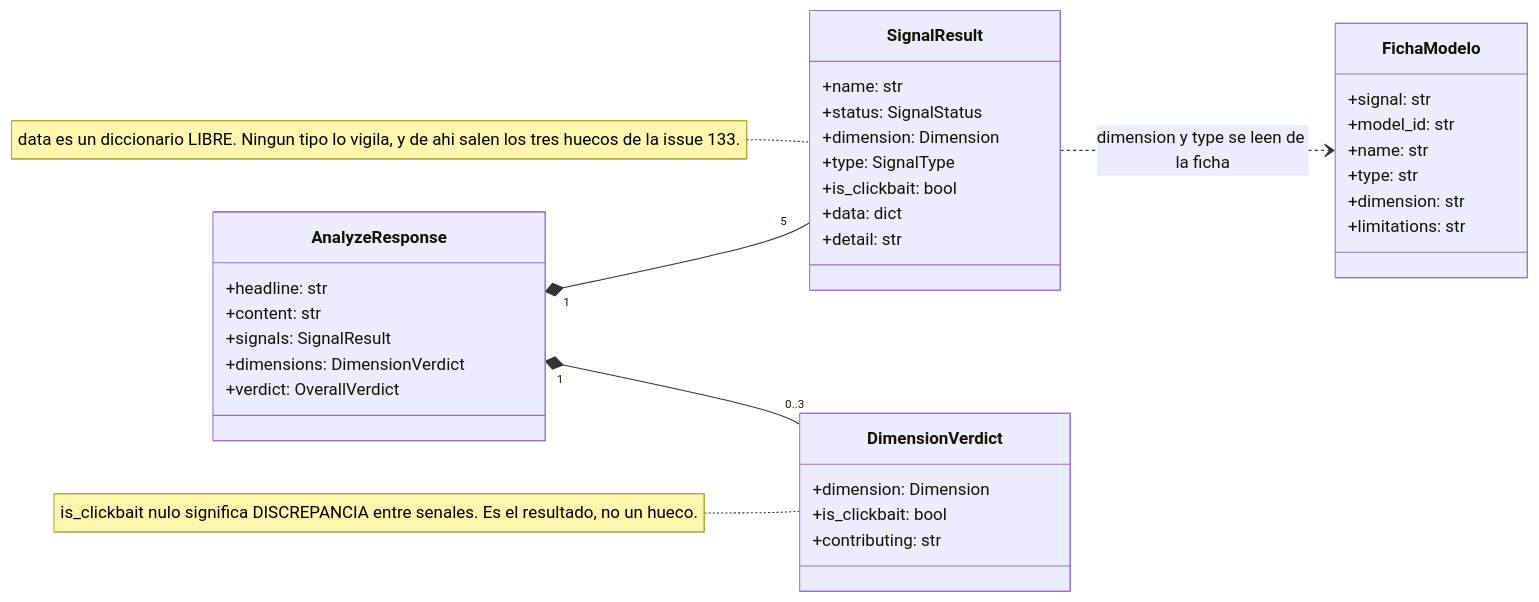
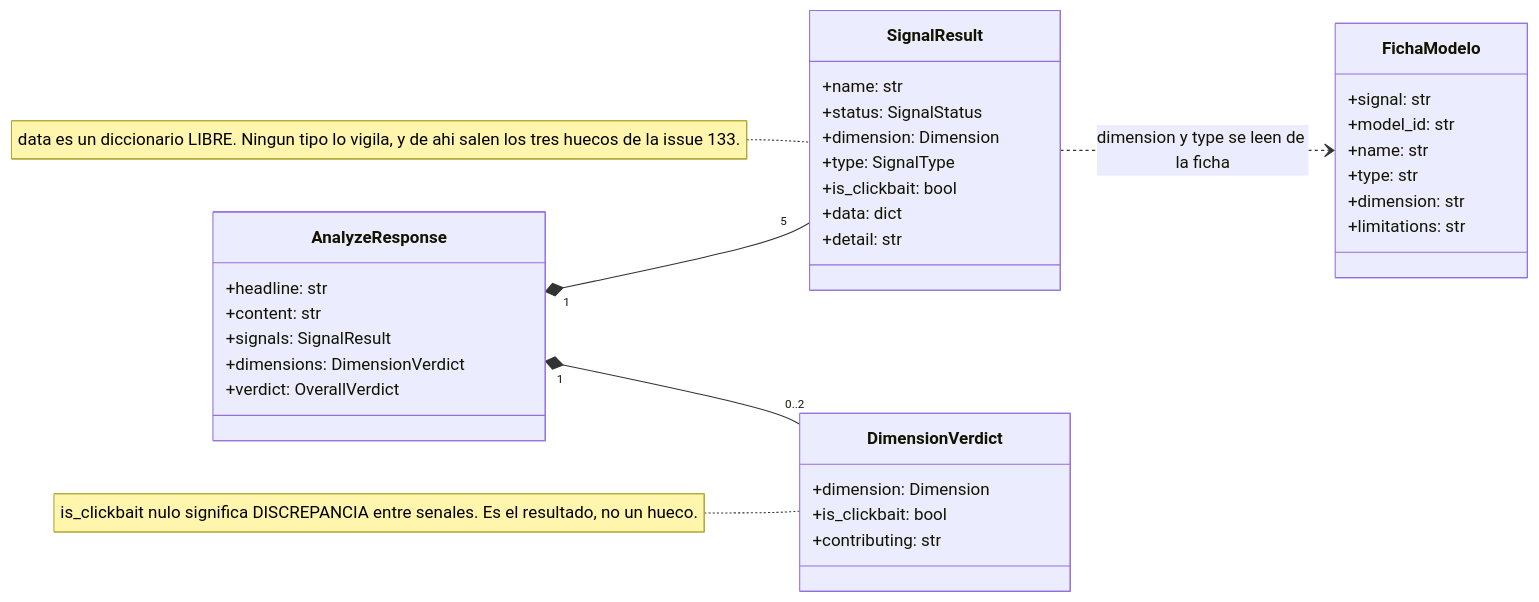
The eighth of 20 diagrams in docs/arquitectura.md (codeurjc-students/2026-ClickBaitAnalysis), drawn with Mermaid before and after one commit. The commit also changed other lines of this file and 2 other files, not shown here.

````diff
--- a/docs/arquitectura.md
+++ b/docs/arquitectura.md
@@ -229,44 +390,44 @@
 ```mermaid
 classDiagram
     direction LR
 
     class AnalyzeResponse {
         +headline: str
         +content: str
         +signals: SignalResult
         +dimensions: DimensionVerdict
         +verdict: OverallVerdict
     }
 
     class SignalResult {
         +name: str
         +status: SignalStatus
         +dimension: Dimension
         +type: SignalType
         +is_clickbait: bool
         +data: dict
         +detail: str
     }
 
     class DimensionVerdict {
         +dimension: Dimension
         +is_clickbait: bool
         +contributing: str
     }
 
     class FichaModelo {
         +signal: str
         +model_id: str
         +name: str
         +type: str
         +dimension: str
         +limitations: str
     }
 
     AnalyzeResponse "1" *-- "5" SignalResult
-    AnalyzeResponse "1" *-- "0..3" DimensionVerdict
+    AnalyzeResponse "1" *-- "0..2" DimensionVerdict
     SignalResult ..> FichaModelo : dimension y type se leen de la ficha
 
     note for SignalResult "data es un diccionario LIBRE. Ningun tipo lo vigila, y de ahi salen los tres huecos de la issue 133."
     note for DimensionVerdict "is_clickbait nulo significa DISCREPANCIA entre senales. Es el resultado, no un hueco."
 ```
````
